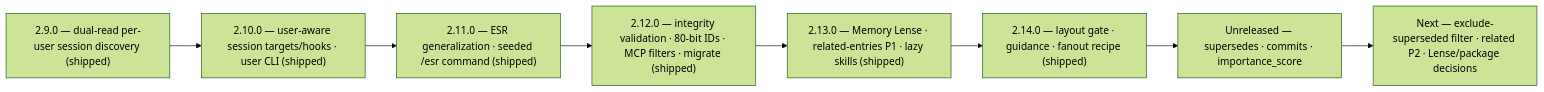
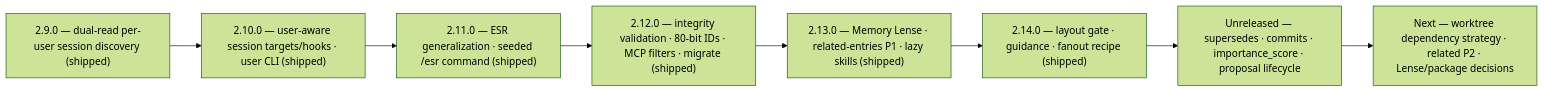
The eighth of 8 diagrams in docs/functionality-audit.md (jnl-tshi/memory-seed), drawn with Mermaid (forest theme) before and after one commit. The commit also changed other lines of this file and 18 other files, not shown here.

First line of the commit message:
Add proposal_lifecycle skill + process worktree proposal (Codex)

````diff
--- a/docs/functionality-audit.md
+++ b/docs/functionality-audit.md
@@ -412,12 +417,12 @@
 ```mermaid
 graph LR
   V29["2.9.0 — dual-read per-user session discovery (shipped)"]
   V210["2.10.0 — user-aware session targets/hooks · user CLI (shipped)"]
   V211["2.11.0 — ESR generalization · seeded /esr command (shipped)"]
   V212["2.12.0 — integrity validation · 80-bit IDs · MCP filters · migrate (shipped)"]
   V213["2.13.0 — Memory Lense · related-entries P1 · lazy skills (shipped)"]
   V214["2.14.0 — layout gate · guidance · fanout recipe (shipped)"]
-  VNext["Unreleased — supersedes · commits · importance_score"]
-  V30["Next — exclude-superseded filter · related P2 · Lense/package decisions"]
+  VNext["Unreleased — supersedes · commits · importance_score · proposal lifecycle"]
+  V30["Next — worktree dependency strategy · related P2 · Lense/package decisions"]
   V29 --> V210 --> V211 --> V212 --> V213 --> V214 --> VNext --> V30
 ```
````
